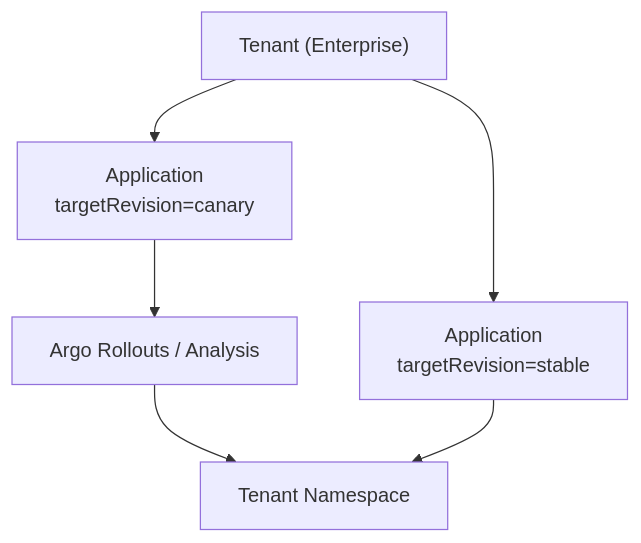
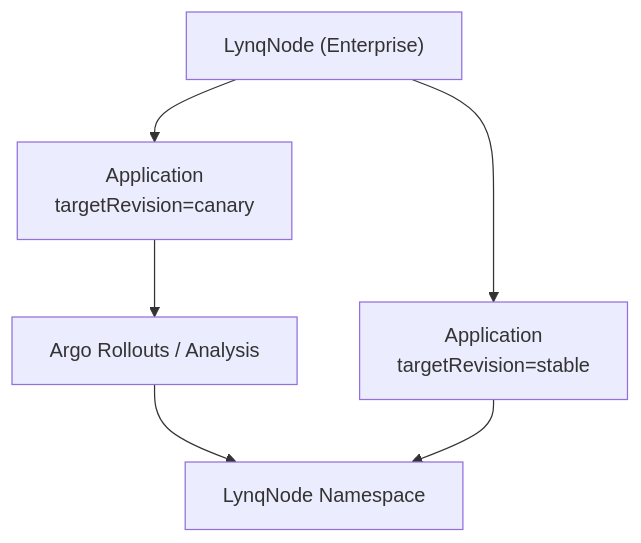
The third of 3 diagrams in docs/integration-argocd.md (kubernetes-tenants/tenant-operator), drawn with Mermaid before and after one commit. The commit also changed other lines of this file and 203 other files, not shown here.

First line of the commit message:
refactor: Complete rename from tenant-operator to lynq

````diff
--- a/docs/integration-argocd.md
+++ b/docs/integration-argocd.md
@@ -138,11 +138,11 @@
 ```mermaid
 flowchart TD
-    TenantA["Tenant (Enterprise)"]
+    NodeA["LynqNode (Enterprise)"]
     Canary["Application<br/>targetRevision=canary"]
     Stable["Application<br/>targetRevision=stable"]
     Rollouts["Argo Rollouts / Analysis"]
-    Namespace["Tenant Namespace"]
+    Namespace["LynqNode Namespace"]
 
-    TenantA --> Canary --> Rollouts --> Namespace
-    TenantA --> Stable --> Namespace
+    NodeA --> Canary --> Rollouts --> Namespace
+    NodeA --> Stable --> Namespace
 ```
````
